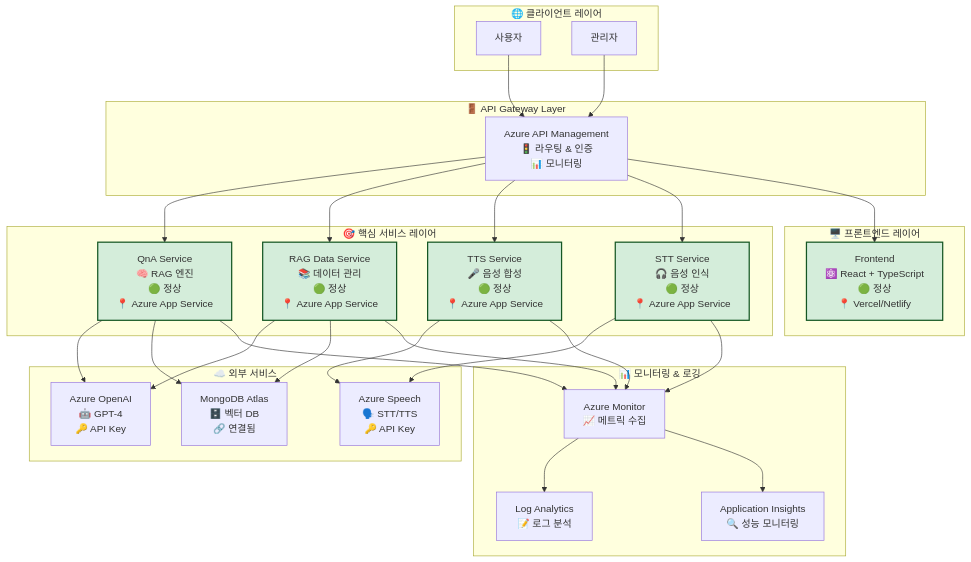
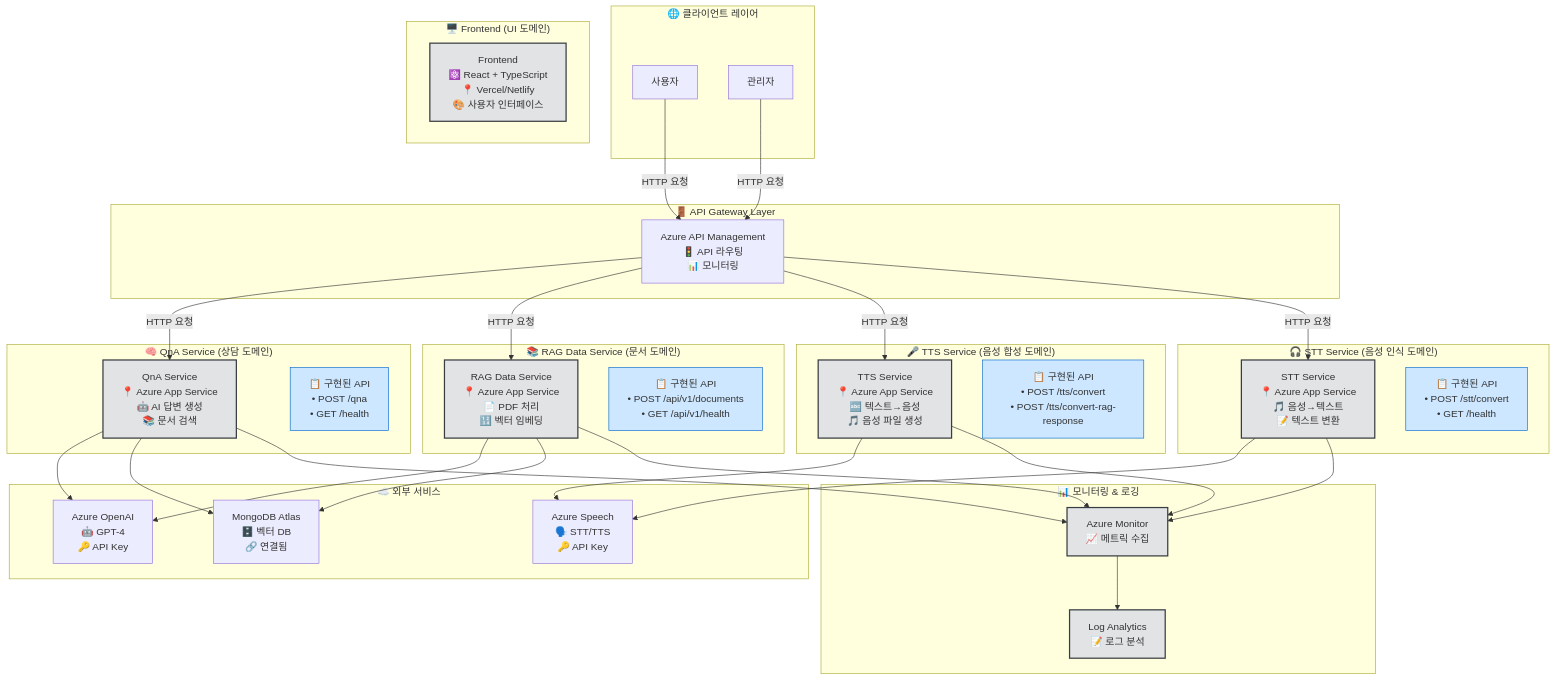
One commit to hadonas/kt_aicc_hub changed the second of 7 diagrams in msa_board.md. Above: the diagram before and after it, drawn with Mermaid. The commit also changed other lines of this file and 3 other files, not shown here.

````diff
--- a/msa_board.md
+++ b/msa_board.md
@@ -27,21 +98,35 @@
     end
     
     subgraph "🚪 API Gateway Layer"
-        APIM[Azure API Management<br/>🚦 라우팅 & 인증<br/>📊 모니터링]
+        APIM[Azure API Management<br/>🚦 API 라우팅<br/>📊 모니터링]
     end
     
-    subgraph "🎯 핵심 서비스 레이어"
-        QNA[QnA Service<br/>🧠 RAG 엔진<br/>🟢 정상<br/>📍 Azure App Service]
+    subgraph "🧠 QnA Service (상담 도메인)"
+        QNA[QnA Service<br/>📍 Azure App Service<br/>🤖 AI 답변 생성<br/>📚 문서 검색]
         
-        RDS[RAG Data Service<br/>📚 데이터 관리<br/>🟢 정상<br/>📍 Azure App Service]
-        
-        TTS[TTS Service<br/>🎤 음성 합성<br/>🟢 정상<br/>📍 Azure App Service]
-        
-        STT[STT Service<br/>🎧 음성 인식<br/>🟢 정상<br/>📍 Azure App Service]
+        QNA_APIS[📋 구현된 API<br/>• POST /qna<br/>• GET /health]
     end
     
-    subgraph "🖥️ 프론트엔드 레이어"
-        FE[Frontend<br/>⚛️ React + TypeScript<br/>🟢 정상<br/>📍 Vercel/Netlify]
+    subgraph "📚 RAG Data Service (문서 도메인)"
+        RDS[RAG Data Service<br/>📍 Azure App Service<br/>📄 PDF 처리<br/>🔢 벡터 임베딩]
+        
+        RDS_APIS[📋 구현된 API<br/>• POST /api/v1/documents<br/>• GET /api/v1/health]
+    end
+    
+    subgraph "🎤 TTS Service (음성 합성 도메인)"
+        TTS[TTS Service<br/>📍 Azure App Service<br/>🔤 텍스트→음성<br/>🎵 음성 파일 생성]
+        
+        TTS_APIS[📋 구현된 API<br/>• POST /tts/convert<br/>• POST /tts/convert-rag-response]
+    end
+    
+    subgraph "🎧 STT Service (음성 인식 도메인)"
+        STT[STT Service<br/>📍 Azure App Service<br/>🎵 음성→텍스트<br/>📝 텍스트 변환]
+        
+        STT_APIS[📋 구현된 API<br/>• POST /stt/convert<br/>• GET /health]
+    end
+    
+    subgraph "🖥️ Frontend (UI 도메인)"
+        FE[Frontend<br/>⚛️ React + TypeScript<br/>📍 Vercel/Netlify<br/>🎨 사용자 인터페이스]
     end
     
     subgraph "☁️ 외부 서비스"
@@ -56,19 +141,19 @@
         AM[Azure Monitor<br/>📈 메트릭 수집]
         
         LA[Log Analytics<br/>📝 로그 분석]
-        
-        AI[Application Insights<br/>🔍 성능 모니터링]
     end
     
-    %% 연결 관계
-    U --> APIM
-    A --> APIM
-    APIM --> QNA
-    APIM --> RDS
-    APIM --> TTS
-    APIM --> STT
-    APIM --> FE
+    %% MSA적 연결 관계: 느슨한 결합
+    U -->|HTTP 요청| APIM
+    A -->|HTTP 요청| APIM
     
+    %% API Gateway를 통한 서비스 라우팅 (느슨한 결합)
+    APIM -->|HTTP 요청| QNA
+    APIM -->|HTTP 요청| RDS
+    APIM -->|HTTP 요청| TTS
+    APIM -->|HTTP 요청| STT
+    
+    %% 외부 서비스 의존성 (각 서비스의 독립적 의존)
     QNA --> AO
     QNA --> MA
     RDS --> AO
@@ -76,17 +161,17 @@
     TTS --> AS
     STT --> AS
     
+    %% 모니터링 연결 (각 서비스의 독립적 모니터링)
     QNA --> AM
     RDS --> AM
     TTS --> AM
     STT --> AM
     AM --> LA
-    AM --> AI
     
-    %% 상태 표시
-    classDef healthy fill:#d4edda,stroke:#155724,stroke-width:2px
-    classDef warning fill:#fff3cd,stroke:#856404,stroke-width:2px
-    classDef error fill:#f8d7da,stroke:#721c24,stroke-width:2px
+    %% 스타일 정의
+    classDef service fill:#e2e3e5,stroke:#383d41,stroke-width:2px
+    classDef api fill:#cce7ff,stroke:#0066cc,stroke-width:1px
     
-    class QNA,RDS,TTS,STT,FE healthy
+    class QNA,RDS,TTS,STT,FE,AM,LA service
+    class QNA_APIS,RDS_APIS,TTS_APIS,STT_APIS api
 ```
````
